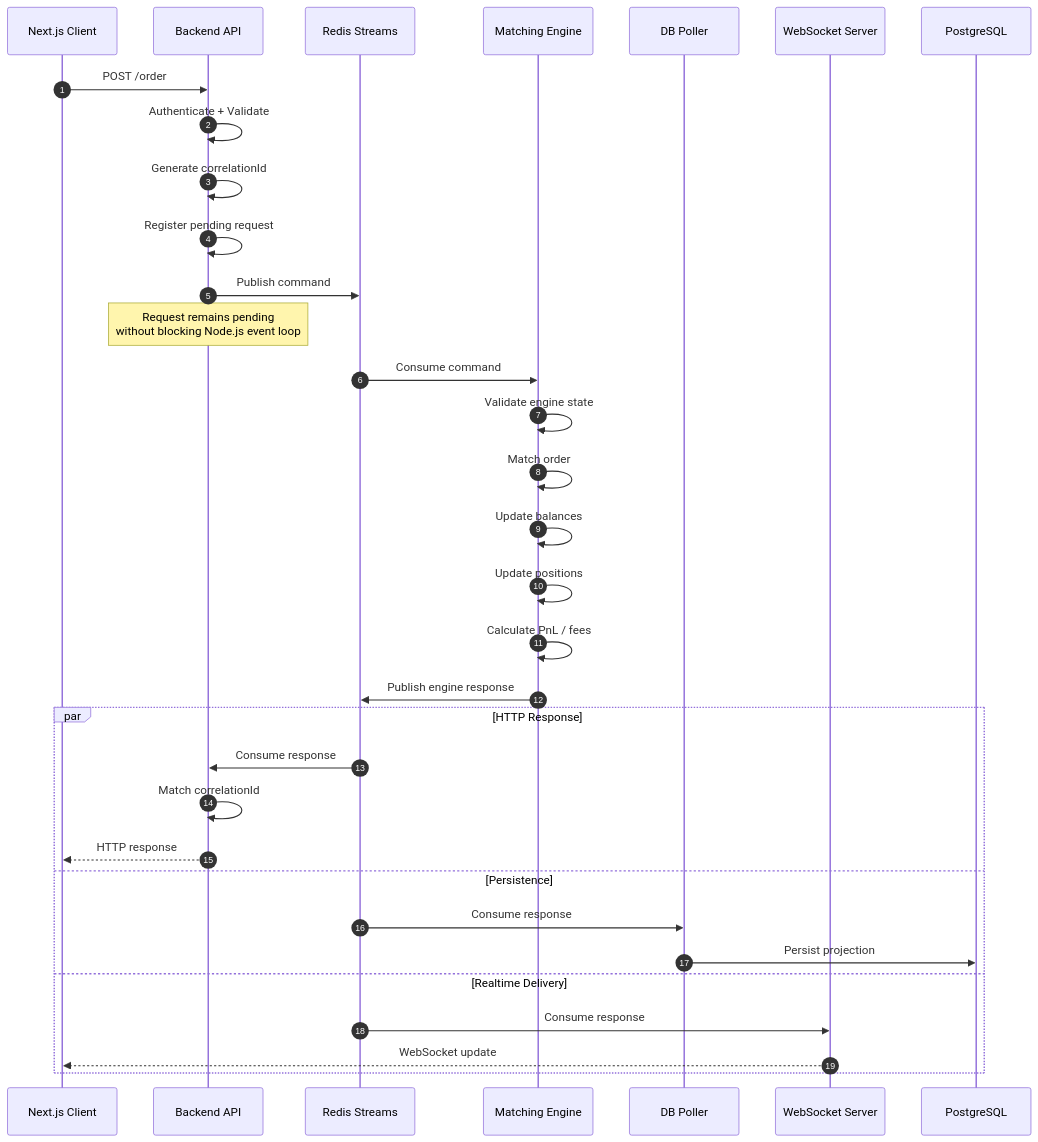
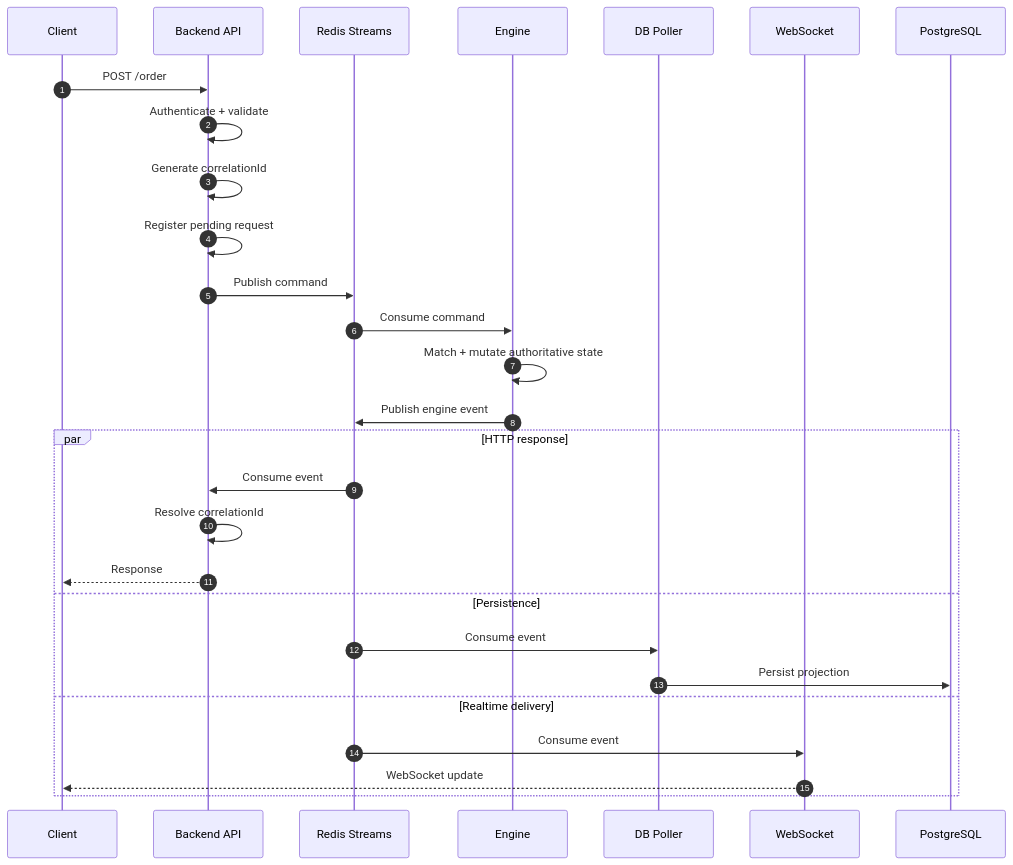
One commit to MANI-116/PERP changed the second of 9 diagrams in README.md. Above: the diagram before and after it, drawn with Mermaid. The commit also changed other lines of this file, not shown here.

Commit message:
docs: redesign PerpX README as technical architecture showcase

````diff
--- a/README.md
+++ b/README.md
@@ -133,44 +95,32 @@
 ```mermaid
 sequenceDiagram
     autonumber
+    participant C as Client
+    participant A as Backend API
+    participant Q as Redis Streams
+    participant E as Engine
+    participant P as DB Poller
+    participant W as WebSocket
+    participant D as PostgreSQL
 
-    participant C as Next.js Client
-    participant B as Backend API
-    participant R as Redis Streams
-    participant E as Matching Engine
-    participant P as DB Poller
-    participant W as WebSocket Server
-    participant DB as PostgreSQL
+    C->>A: POST /order
+    A->>A: Authenticate + validate
+    A->>A: Generate correlationId
+    A->>A: Register pending request
+    A->>Q: Publish command
+    Q->>E: Consume command
+    E->>E: Match + mutate authoritative state
+    E->>Q: Publish engine event
 
-    C->>B: POST /order
-
-    B->>B: Authenticate + Validate
-    B->>B: Generate correlationId
-    B->>B: Register pending request
-
-    B->>R: Publish command
-
-    Note over B: Request remains pending<br/>without blocking Node.js event loop
-
-    R->>E: Consume command
-
-    E->>E: Validate engine state
-    E->>E: Match order
-    E->>E: Update balances
-    E->>E: Update positions
-    E->>E: Calculate PnL / fees
-
-    E->>R: Publish engine response
-
-    par HTTP Response
-        R->>B: Consume response
-        B->>B: Match correlationId
-        B-->>C: HTTP response
+    par HTTP response
+        Q->>A: Consume event
+        A->>A: Resolve correlationId
+        A-->>C: Response
     and Persistence
-        R->>P: Consume response
-        P->>DB: Persist projection
-    and Realtime Delivery
-        R->>W: Consume response
+        Q->>P: Consume event
+        P->>D: Persist projection
+    and Realtime delivery
+        Q->>W: Consume event
         W-->>C: WebSocket update
     end
 ```
````
